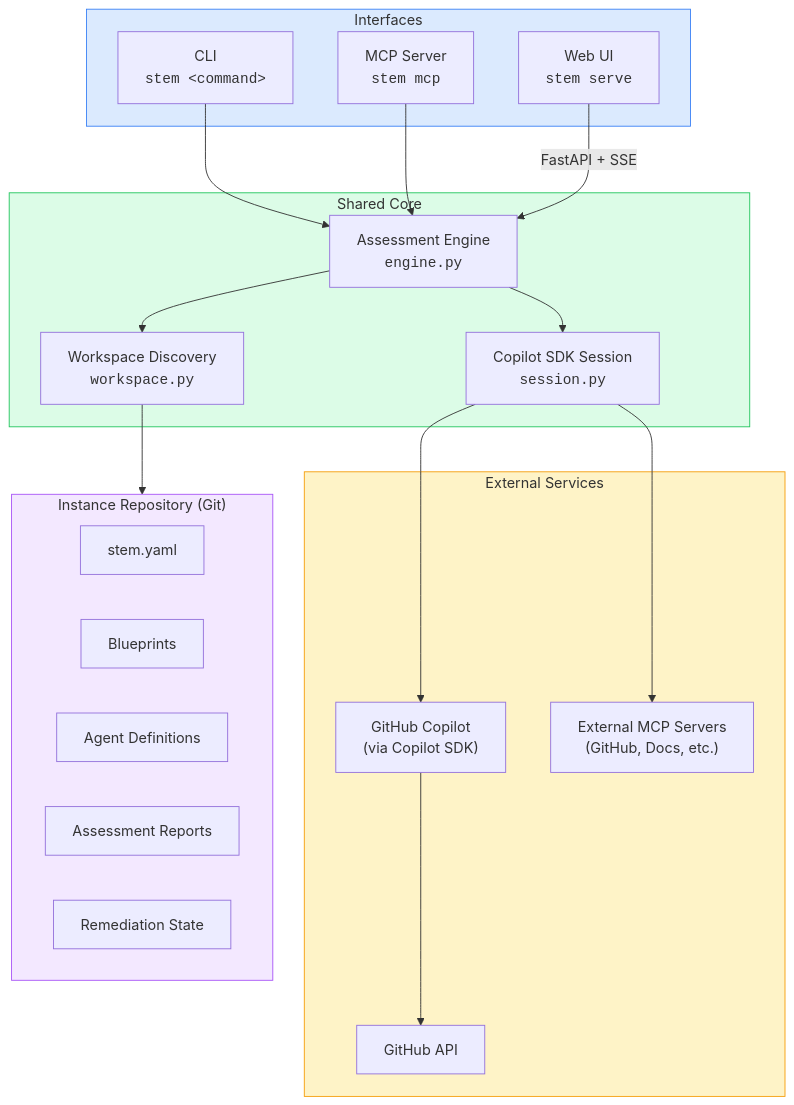
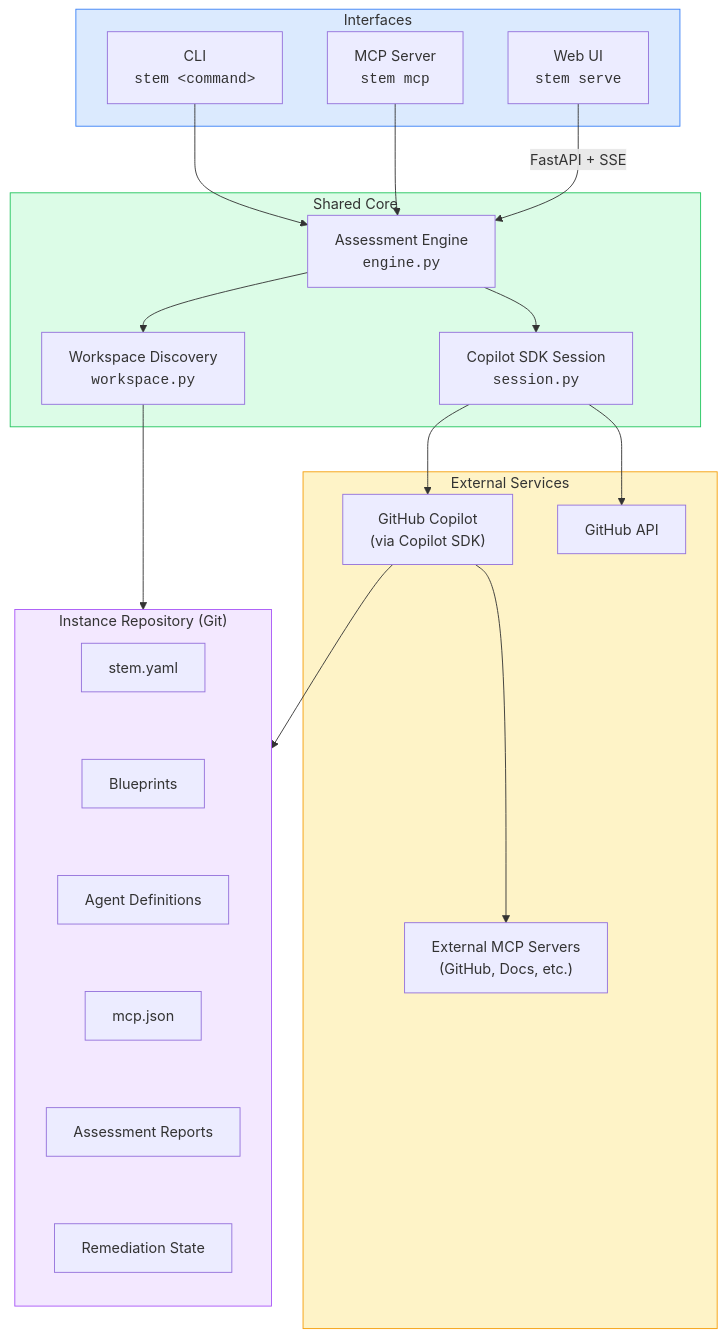
One commit to dbroeglin/hve-stem changed the second of 10 diagrams in ARCHITECTURE.md. Above: the diagram before and after it, drawn with Mermaid.

Commit message:
#3 Adding mcp.json to the components diagram

````diff
--- a/ARCHITECTURE.md
+++ b/ARCHITECTURE.md
@@ -53,43 +53,51 @@
 ```mermaid
 graph TB
     subgraph Interfaces
         CLI["CLI<br/><code>stem &lt;command&gt;</code>"]
         MCP["MCP Server<br/><code>stem mcp</code>"]
         WEB["Web UI<br/><code>stem serve</code>"]
     end
 
     subgraph Core["Shared Core"]
         ENGINE["Assessment Engine<br/><code>engine.py</code>"]
         SESSION["Copilot SDK Session<br/><code>session.py</code>"]
         WS["Workspace Discovery<br/><code>workspace.py</code>"]
     end
 
     subgraph External["External Services"]
-        GH["GitHub API"]
         COPILOT["GitHub Copilot<br/>(via Copilot SDK)"]
         MCPEXT["External MCP Servers<br/>(GitHub, Docs, etc.)"]
+        GH["GitHub API"]
     end
 
     subgraph State["Instance Repository (Git)"]
+        direction TB
         YAML["stem.yaml"]
         BP["Blueprints"]
         AGENTS["Agent Definitions"]
+        MCP_JSON["mcp.json"]
         REPORTS["Assessment Reports"]
         REMED["Remediation State"]
     end
 
     CLI --> ENGINE
     MCP --> ENGINE
     WEB -->|"FastAPI + SSE"| ENGINE
     ENGINE --> SESSION
     ENGINE --> WS
     SESSION --> COPILOT
-    SESSION --> MCPEXT
+    SESSION --> GH
     WS --> State
-    COPILOT --> GH
+    COPILOT --> MCPEXT
+    COPILOT --> MCP_JSON
+    YAML ~~~ BP
+    BP ~~~ AGENTS
+    AGENTS ~~~ MCP_JSON
+    MCP_JSON ~~~ REPORTS
+    REPORTS ~~~ REMED
 
     style Interfaces fill:#dbeafe,stroke:#3b82f6
     style Core fill:#dcfce7,stroke:#22c55e
     style External fill:#fef3c7,stroke:#f59e0b
     style State fill:#f3e8ff,stroke:#a855f7
 ```
````
